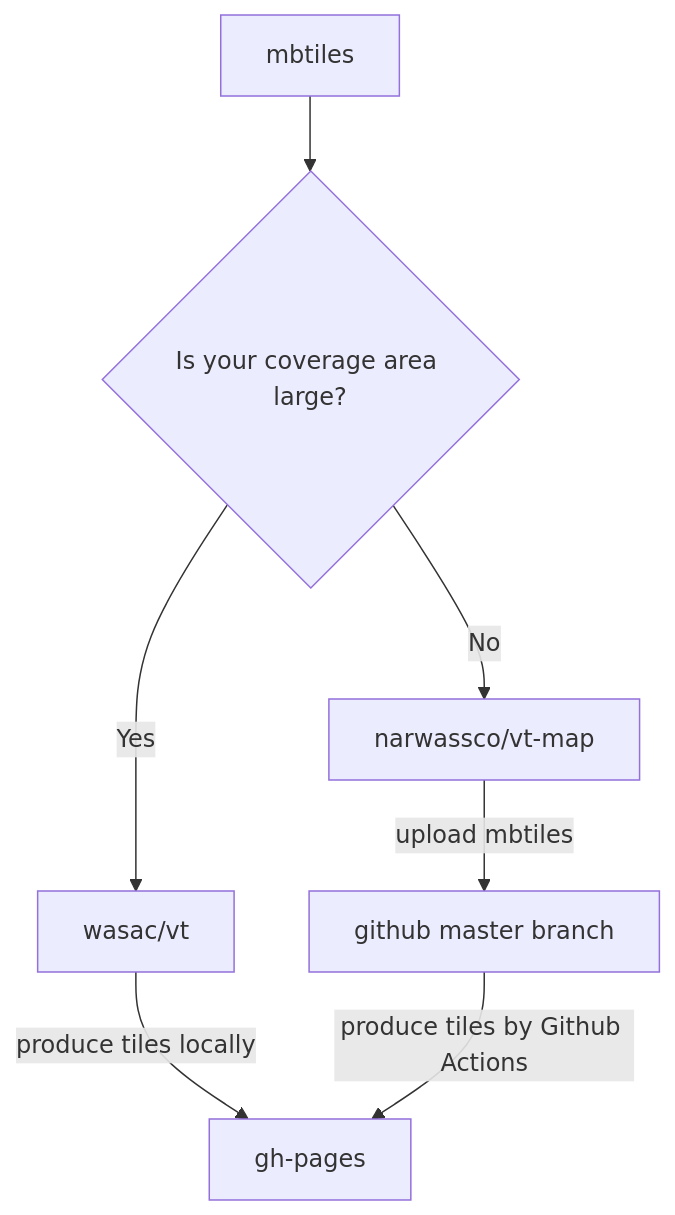
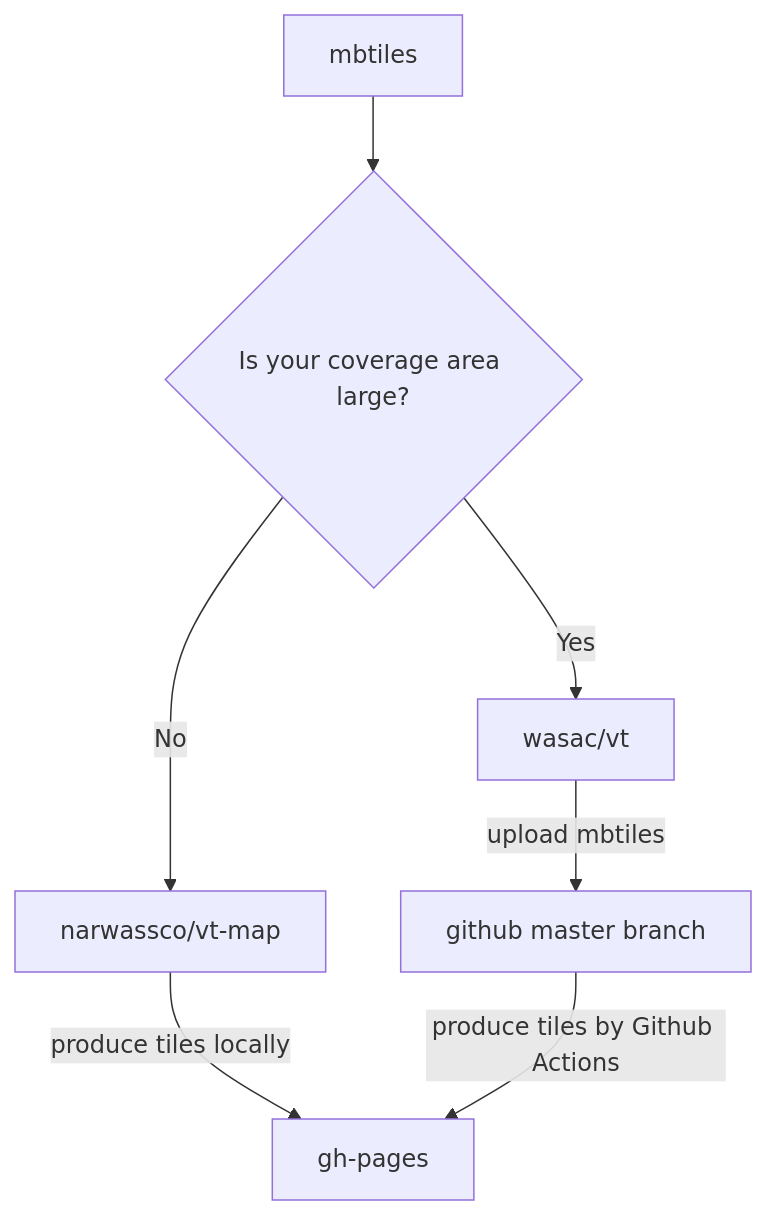
The diagram in images/deployment-flowchart.mmd (watergis/awesome-vector-tiles), drawn with Mermaid before and after one commit. The commit also changed 1 other file, not shown here.

```diff
--- a/images/deployment-flowchart.mmd
+++ b/images/deployment-flowchart.mmd
@@ -1,7 +1,7 @@
 graph TD
 	A[mbtiles] --> B{Is your coverage area large?}
-  B -->|Yes|C[wasac/vt]
-	B -->|No| D[narwassco/vt-map]
+  B -->|No|C[narwassco/vt-map]
+	B -->|Yes|D[wasac/vt]
   C -->|produce tiles locally|E[gh-pages]
   D -->|upload mbtiles|F[github master branch]
   F -->|produce tiles by Github Actions|E
```
